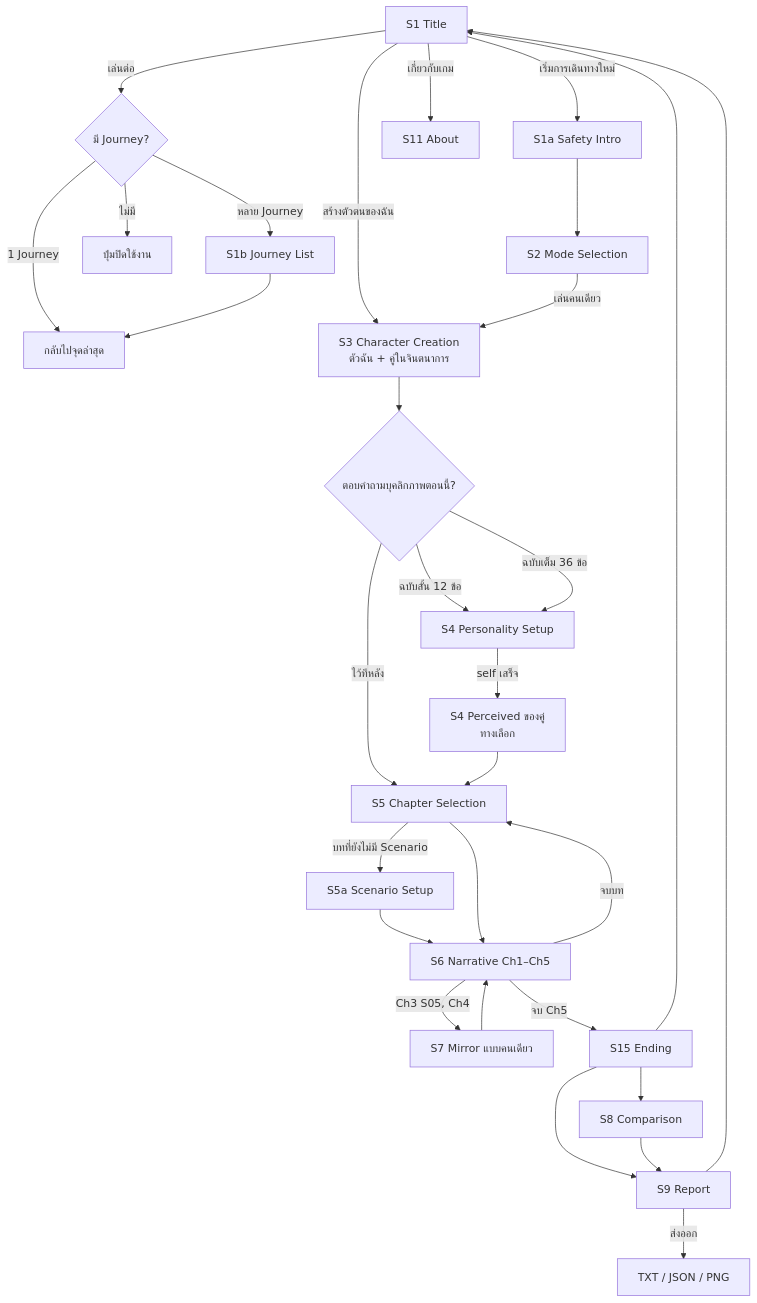
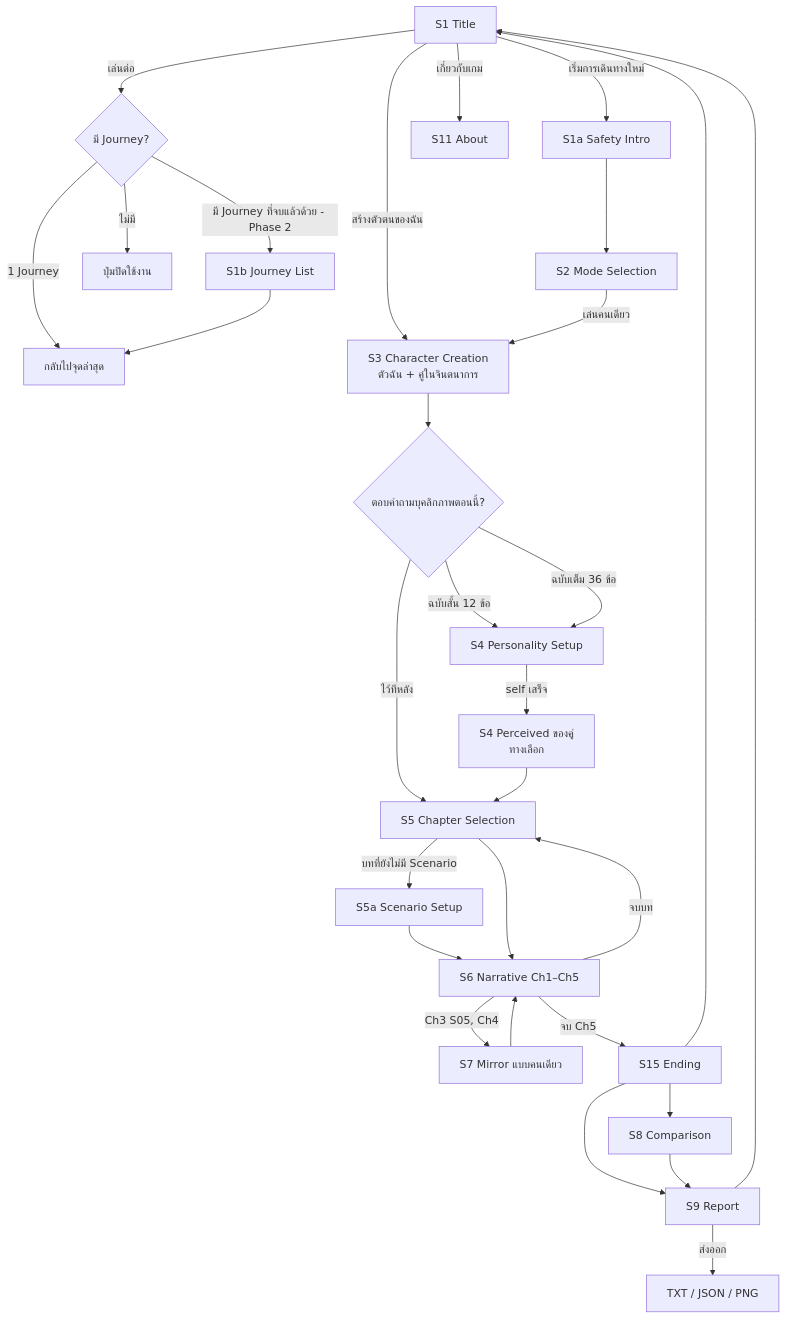
One commit to Bxbt/IF-YOU-WERE-ME-AND-I-WERE-YOU changed the first of 4 diagrams in docs/05-game-flow.md. Above: the diagram before and after it, drawn with Mermaid. The commit also changed other lines of this file and 13 other files, not shown here.

````diff
--- a/docs/05-game-flow.md
+++ b/docs/05-game-flow.md
@@ -60,30 +60,30 @@
 ```mermaid
 flowchart TD
     S1[S1 Title] -->|เริ่มการเดินทางใหม่| S1a[S1a Safety Intro]
     S1 -->|เล่นต่อ| CHK{มี Journey?}
     CHK -->|1 Journey| RES[กลับไปจุดล่าสุด]
-    CHK -->|หลาย Journey| S1b[S1b Journey List] --> RES
+    CHK -->|มี Journey ที่จบแล้วด้วย - Phase 2| S1b[S1b Journey List] --> RES
     CHK -->|ไม่มี| DIS[ปุ่มปิดใช้งาน]
     S1 -->|สร้างตัวตนของฉัน| S3
     S1 -->|เกี่ยวกับเกม| S11[S11 About]
     S1a --> S2[S2 Mode Selection]
     S2 -->|เล่นคนเดียว| S3[S3 Character Creation<br/>ตัวฉัน + คู่ในจินตนาการ]
     S3 --> ASK{ตอบคำถามบุคลิกภาพตอนนี้?}
     ASK -->|ฉบับสั้น 12 ข้อ| S4[S4 Personality Setup]
     ASK -->|ฉบับเต็ม 36 ข้อ| S4
     ASK -->|ไว้ทีหลัง| S5
     S4 -->|self เสร็จ| S4P[S4 Perceived ของคู่<br/>ทางเลือก]
     S4P --> S5[S5 Chapter Selection]
     S5 -->|บทที่ยังไม่มี Scenario| S5a[S5a Scenario Setup] --> S6
     S5 --> S6[S6 Narrative Ch1–Ch5]
     S6 -->|Ch3 S05, Ch4| S7[S7 Mirror แบบคนเดียว]
     S7 --> S6
     S6 -->|จบบท| S5
     S6 -->|จบ Ch5| S15[S15 Ending]
     S15 --> S8[S8 Comparison]
     S15 --> S9[S9 Report]
     S15 --> S1
     S8 --> S9
     S9 -->|ส่งออก| EXP[TXT / JSON / PNG]
     S9 --> S1
 ```
````
